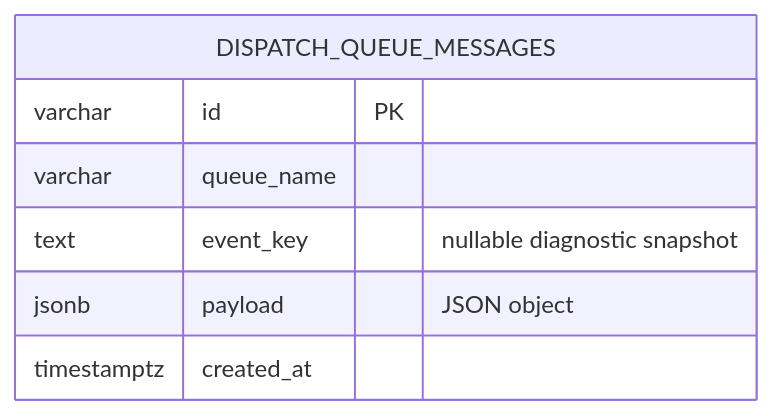
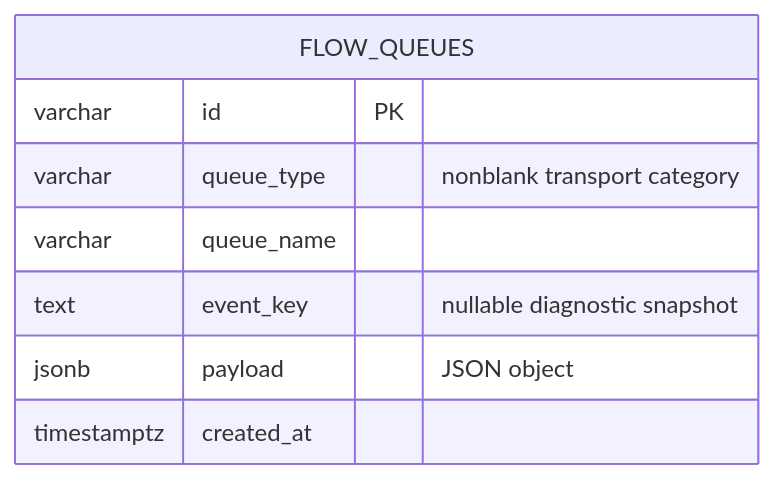
The diagram in docs/decisions/0047-implement-default-dispatch-queue.md (Eiddy5/flow), drawn with Mermaid before and after one commit. The commit also changed other lines of this file and 61 other files, not shown here.

````diff
--- a/docs/decisions/0047-implement-default-dispatch-queue.md
+++ b/docs/decisions/0047-implement-default-dispatch-queue.md
@@ -78,10 +83,11 @@
 ```mermaid
 erDiagram
-    DISPATCH_QUEUE_MESSAGES {
+    FLOW_QUEUES {
         varchar id PK
+        varchar queue_type "nonblank transport category"
         varchar queue_name
         text event_key "nullable diagnostic snapshot"
         jsonb payload "JSON object"
         timestamptz created_at
     }
 ```
````
